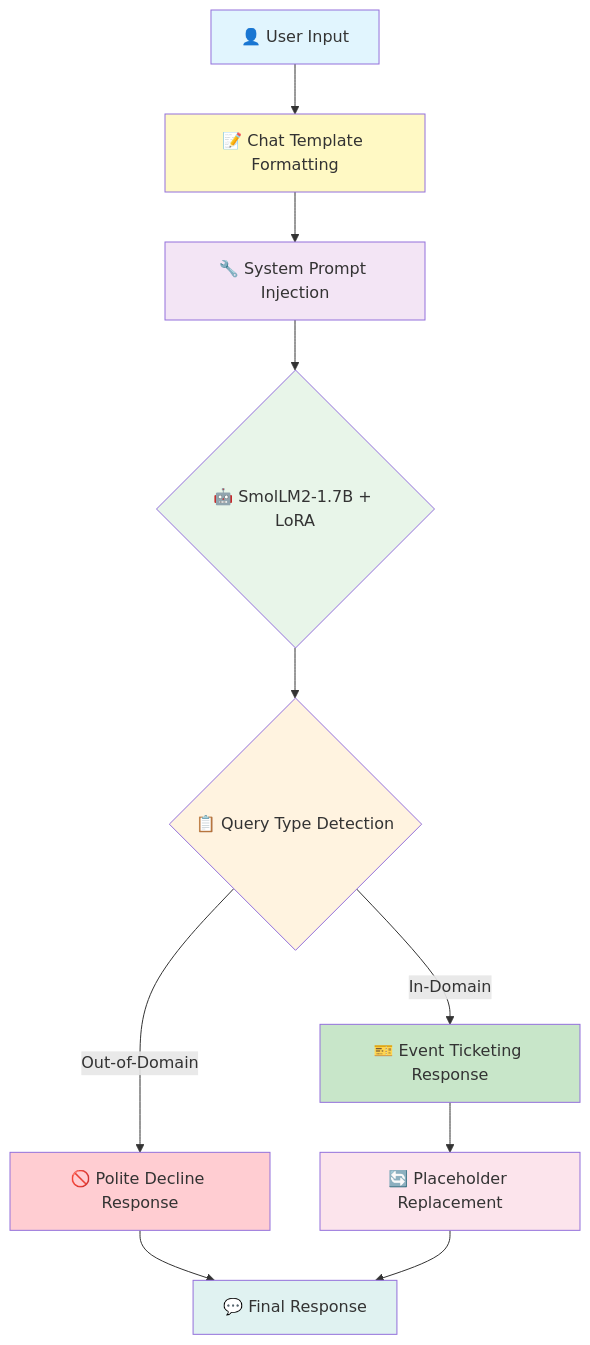
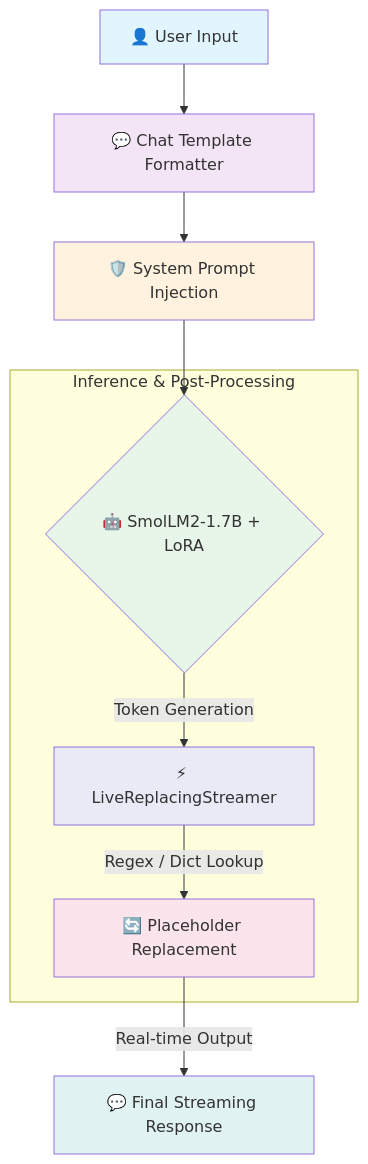
Before and after one commit to JustToTryModels/hfsmollm2: the diagram in README.md, drawn with Mermaid. The commit also changed other lines of this file, not shown here.

````diff
--- a/README.md
+++ b/README.md
@@ -123,22 +93,21 @@
 ```mermaid
 graph TB
-    A[👤 User Input] --> B[📝 Chat Template Formatting]
-    B --> C[🔧 System Prompt Injection]
+    A[👤 User Input] --> B[💬 Chat Template Formatter]
+    B --> C[🛡️ System Prompt Injection]
     C --> D{🤖 SmolLM2-1.7B + LoRA}
-    D --> E{📋 Query Type Detection}
-    E -->|In-Domain| F[🎫 Event Ticketing Response]
-    E -->|Out-of-Domain| G[🚫 Polite Decline Response]
-    F --> H[🔄 Placeholder Replacement]
-    G --> I[💬 Final Response]
-    H --> I
+    
+    subgraph Inference & Post-Processing
+    D -->|Token Generation| E[⚡ LiveReplacingStreamer]
+    E -->|Regex / Dict Lookup| F[🔄 Placeholder Replacement]
+    end
+    
+    F -->|Real-time Output| G[💬 Final Streaming Response]
     
     style A fill:#e1f5fe
-    style B fill:#fff9c4
-    style C fill:#f3e5f5
+    style B fill:#f3e5f5
+    style C fill:#fff3e0
     style D fill:#e8f5e9
-    style E fill:#fff3e0
-    style F fill:#c8e6c9
-    style G fill:#ffcdd2
-    style H fill:#fce4ec
-    style I fill:#e0f2f1
+    style E fill:#e8eaf6
+    style F fill:#fce4ec
+    style G fill:#e0f2f1
 ```
````
